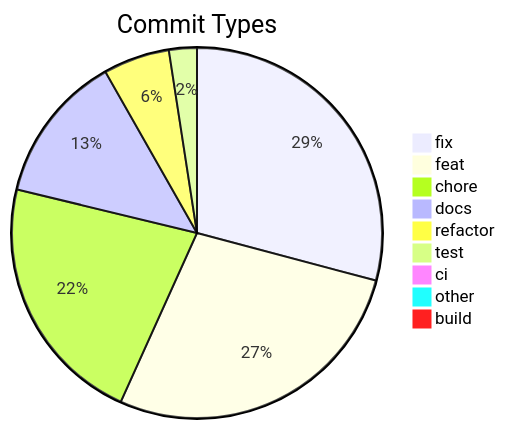
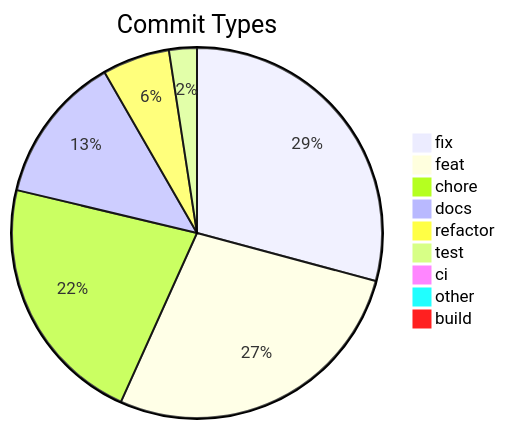
The diagram in .shipwright/compliance/change-history.md (svenroth-ai/shipwright), drawn with Mermaid before and after one commit. The commit also changed other lines of this file and 14 other files, not shown here.

````diff
--- a/.shipwright/compliance/change-history.md
+++ b/.shipwright/compliance/change-history.md
@@ -8,12 +8,12 @@
 ```mermaid
 pie title Commit Types
-    "fix" : 287
+    "fix" : 288
     "feat" : 272
     "chore" : 217
     "docs" : 128
-    "refactor" : 57
+    "refactor" : 58
     "test" : 24
     "ci" : 7
     "other" : 7
     "build" : 1
 ```
````
